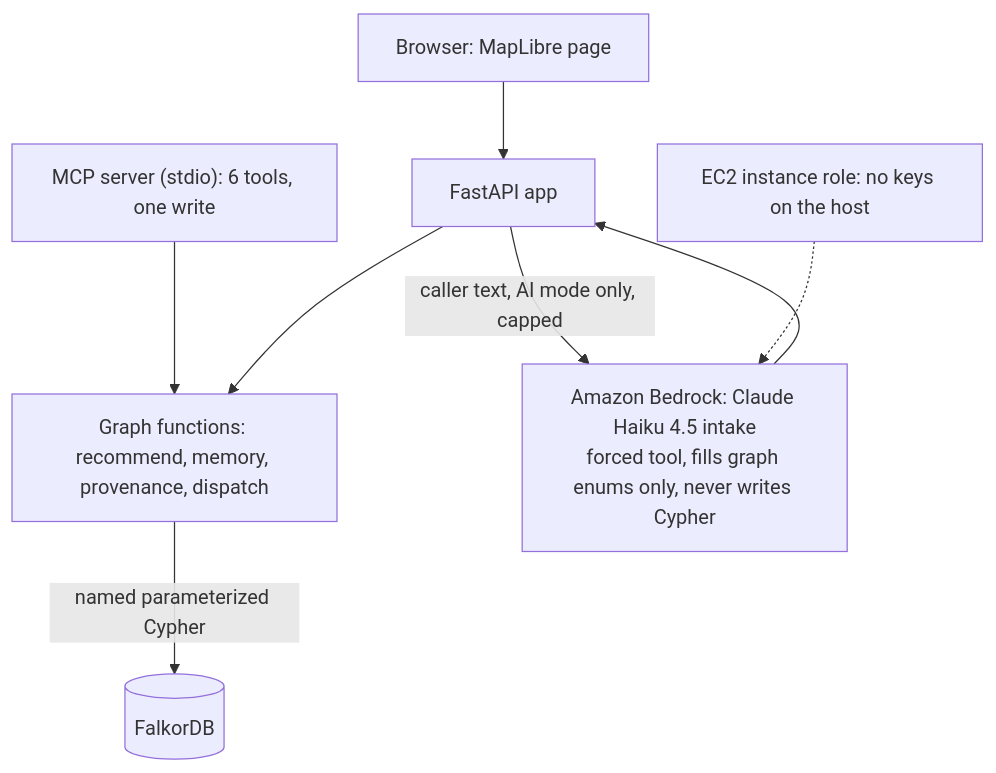
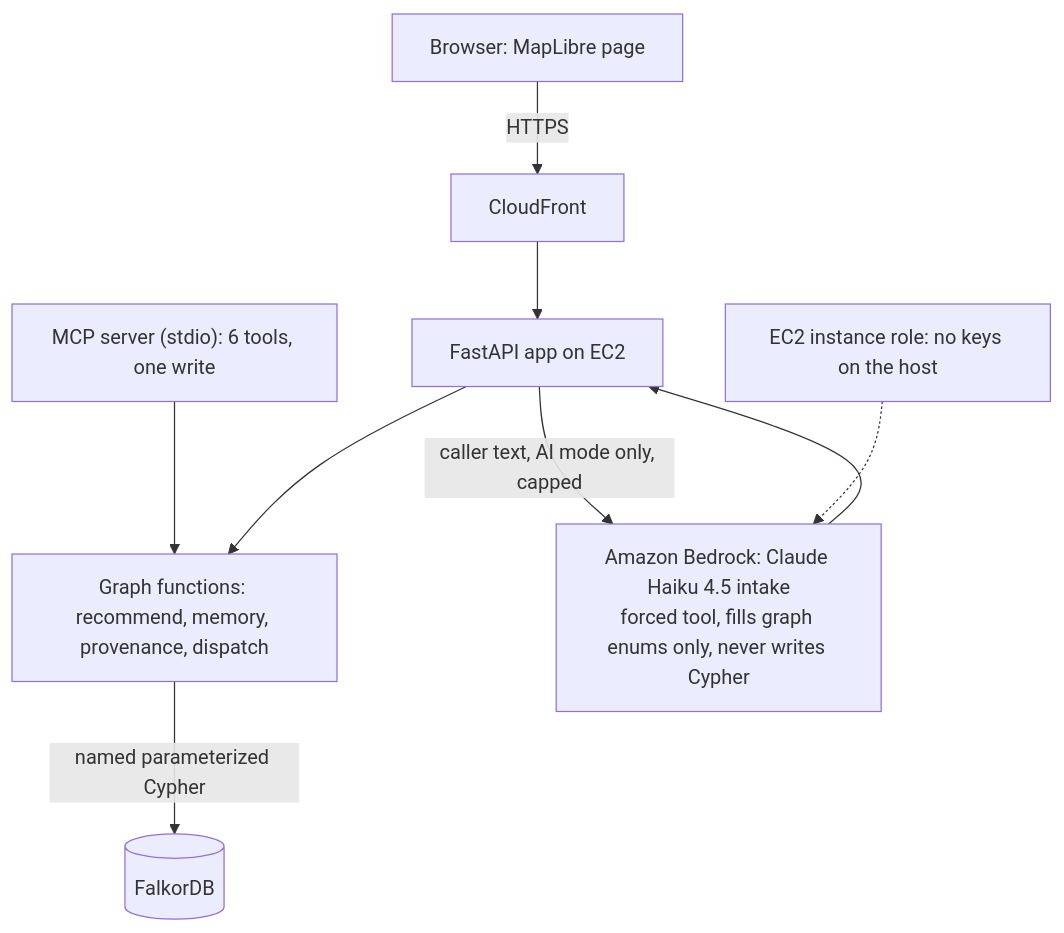
One commit to aggarmoksh/GraphDispatch changed the second of 2 diagrams in README.md. Above: the diagram before and after it, drawn with Mermaid. The commit also changed other lines of this file and 95 other files, not shown here.

````diff
--- a/README.md
+++ b/README.md
@@ -109,10 +123,10 @@
 ```mermaid
 graph TD
-  B["Browser: MapLibre page"] --> API["FastAPI app"]
+  B["Browser: MapLibre page"] -->|HTTPS| CF["CloudFront"] --> API["FastAPI app on EC2"]
   MCP["MCP server (stdio): 6 tools, one write"] --> FN["Graph functions: recommend, memory, provenance, dispatch"]
   API --> FN
   API -->|"caller text, AI mode only, capped"| BR["Amazon Bedrock: Claude Haiku 4.5 intake<br/>forced tool, fills graph enums only, never writes Cypher"]
   BR --> API
   FN -->|"named parameterized Cypher"| DB[("FalkorDB")]
   ROLE["EC2 instance role: no keys on the host"] -.-> BR
 ```
````
